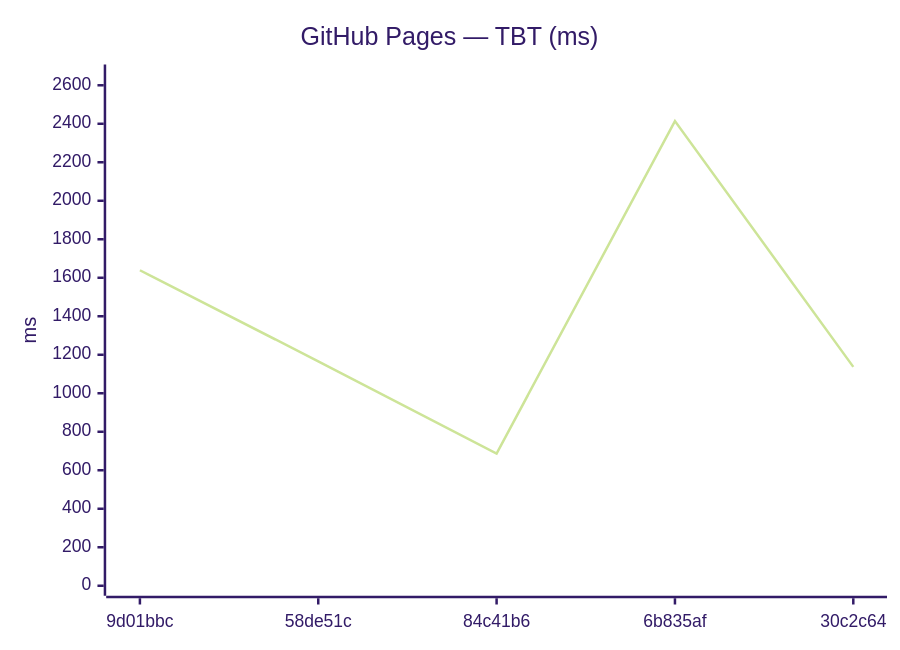
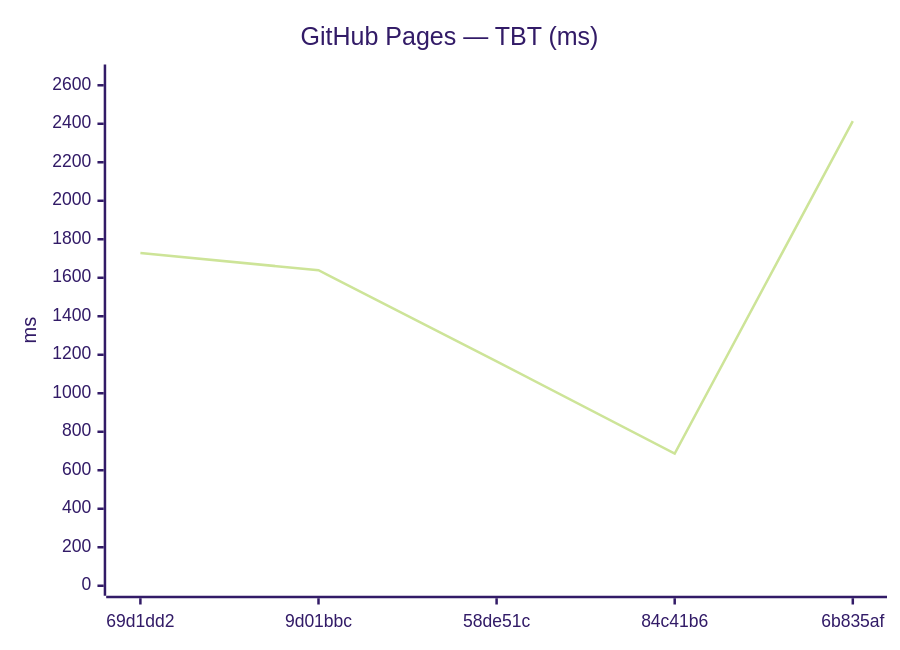
The eighth of 12 diagrams in benchmarks/compare.md (Metaheurist/Rianell), drawn with Mermaid (forest theme) before and after one commit. The commit also changed other lines of this file and 8 other files, not shown here.

````diff
--- a/benchmarks/compare.md
+++ b/benchmarks/compare.md
@@ -114,7 +114,7 @@
 ```mermaid
 xychart-beta
     title "GitHub Pages — TBT (ms)"
-    x-axis ["9d01bbc", "58de51c", "84c41b6", "6b835af", "30c2c64"]
+    x-axis ["69d1dd2", "9d01bbc", "58de51c", "84c41b6", "6b835af"]
     y-axis "ms" 0 --> 2656
-    line [1639, 1166, 687, 2414, 1137]
+    line [1729, 1639, 1166, 687, 2414]
 ```
````
